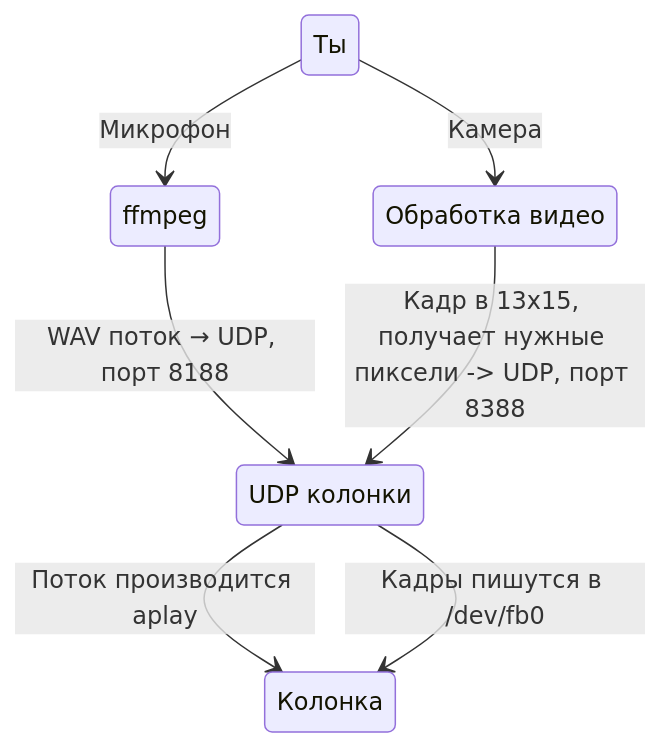
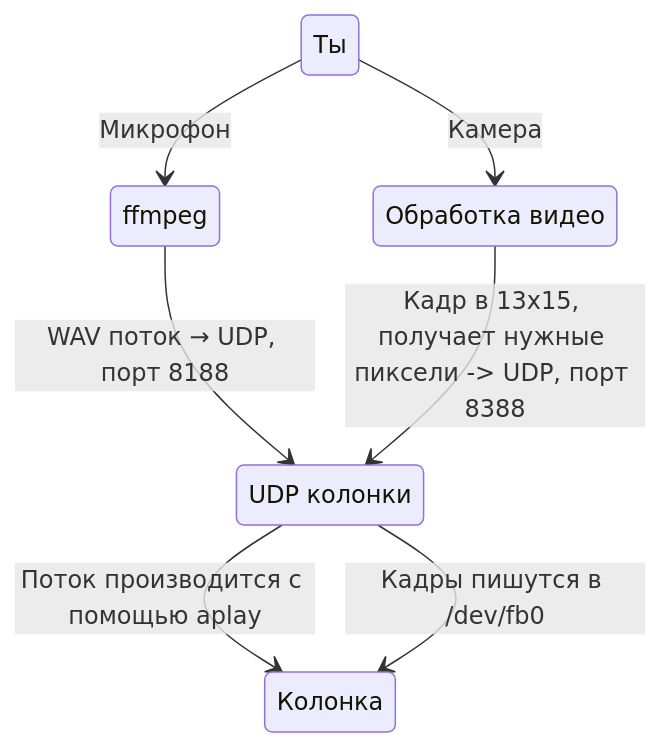
Before and after one commit to FelicityRUX/yandex-webcam: the diagram in README.md, drawn with Mermaid. The commit also changed other lines of this file, not shown here.

Commit message:
сука как же я люблю менять readme

````diff
--- a/README.md
+++ b/README.md
@@ -11,15 +11,15 @@
 ```mermaid
 stateDiagram-v2
     state "Ты" as You
     state "ffmpeg" as FFM
     state "UDP колонки" as Reciever
     state "Колонка" as Speaker
     state "Обработка видео" as Video
 
     You --> FFM: Микрофон
     FFM --> Reciever: WAV поток → UDP, порт 8188
     You --> Video: Камера
     Video --> Reciever: Кадр в 13x15, получает нужные пиксели -> UDP, порт 8388
-    Reciever --> Speaker: Поток производится aplay
+    Reciever --> Speaker: Поток производится с помощью aplay
     Reciever --> Speaker: Кадры пишутся в /dev/fb0
 ```
````
